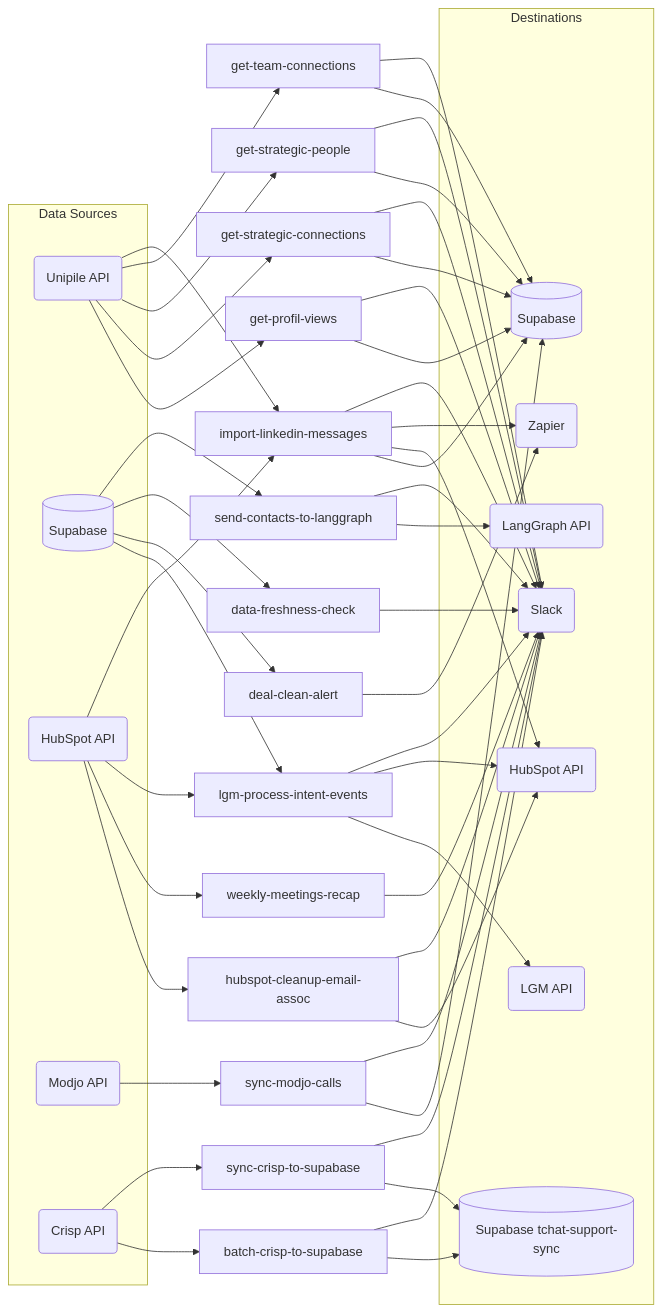
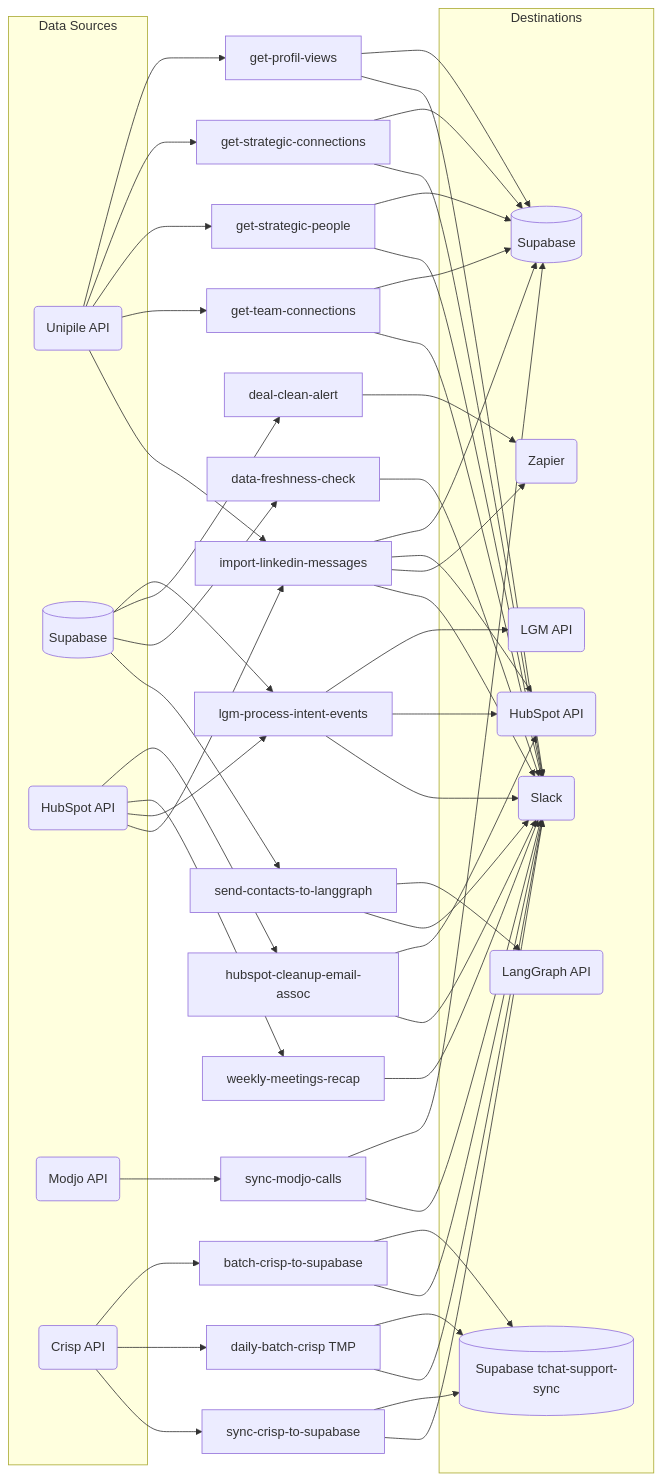
Before and after one commit to AirSaas/linkedin-scrapp: the first of 17 diagrams in CLAUDE.md, drawn with Mermaid. The commit also changed other lines of this file and 2 other files, not shown here.

First line of the commit message:
Add daily-batch-crisp-to-supabase task for automated historical import

````diff
--- a/CLAUDE.md
+++ b/CLAUDE.md
@@ -49,41 +50,42 @@
 ```mermaid
 flowchart LR
     subgraph src ["Data Sources"]
         UN(Unipile API)
         SB[(Supabase)]
         HS_I(HubSpot API)
         MJ(Modjo API)
         CR(Crisp API)
     end
 
     subgraph dst ["Destinations"]
         LGM_O(LGM API)
         HS_O(HubSpot API)
         SB_O[(Supabase)]
         SB_CR[(Supabase tchat-support-sync)]
         SL(Slack)
         ZP(Zapier)
         LG(LangGraph API)
     end
 
     UN --> GPV[get-profil-views] & GSC[get-strategic-connections] & GSP[get-strategic-people] & GTC[get-team-connections] & ILM[import-linkedin-messages]
     SB --> LPI[lgm-process-intent-events] & DCA[deal-clean-alert] & DFC[data-freshness-check] & SCL[send-contacts-to-langgraph]
     HS_I --> HCE[hubspot-cleanup-email-assoc] & WMR[weekly-meetings-recap] & LPI & ILM
     MJ --> SMC[sync-modjo-calls]
-    CR --> BCS[batch-crisp-to-supabase] & SCS[sync-crisp-to-supabase]
+    CR --> BCS[batch-crisp-to-supabase] & DBCS[daily-batch-crisp TMP] & SCS[sync-crisp-to-supabase]
 
     GPV --> SB_O & SL
     GSC --> SB_O & SL
     GSP --> SB_O & SL
     GTC --> SB_O & SL
     LPI --> LGM_O & HS_O & SL
     HCE --> HS_O & SL
     ILM --> SB_O & HS_O & ZP & SL
     WMR --> SL
     DCA --> ZP
     DFC --> SL
     SMC --> SB_O & SL
     SCL --> LG & SL
     BCS --> SB_CR & SL
+    DBCS --> SB_CR & SL
     SCS --> SB_CR & SL
 ```
````
